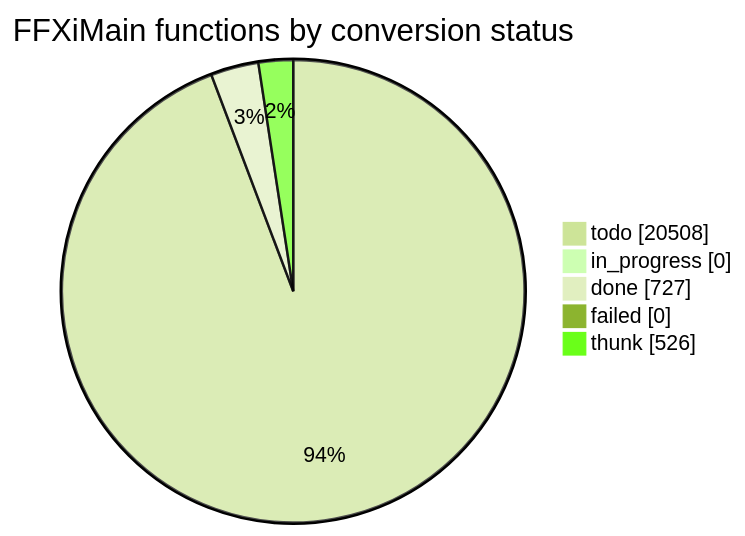
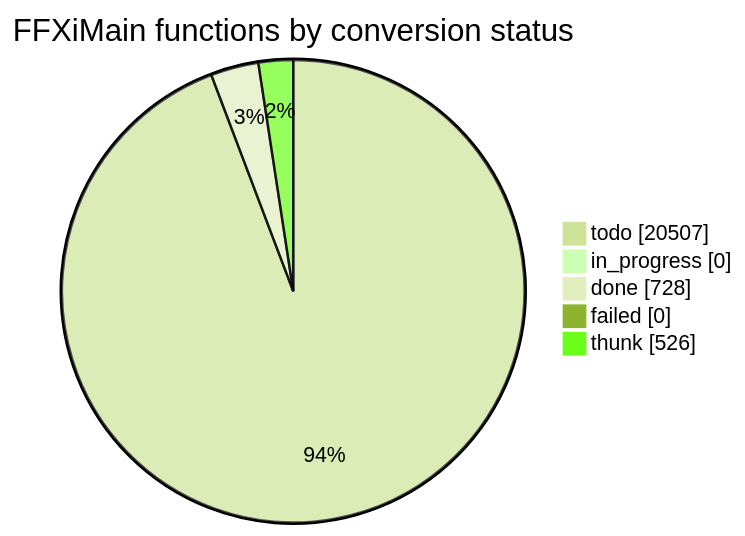
One commit to cowrevenge/cow_kuluu_xi_anything changed the diagram in docs/cow/STATUS.md. Above: the diagram before and after it, drawn with Mermaid (forest theme). The commit also changed other lines of this file and 9 other files, not shown here.

````diff
--- a/docs/cow/STATUS.md
+++ b/docs/cow/STATUS.md
@@ -18,9 +18,9 @@
 ```mermaid
 pie showData
     title FFXiMain functions by conversion status
-    "todo" : 20508
+    "todo" : 20507
     "in_progress" : 0
-    "done" : 727
+    "done" : 728
     "failed" : 0
     "thunk" : 526
 ```
````
